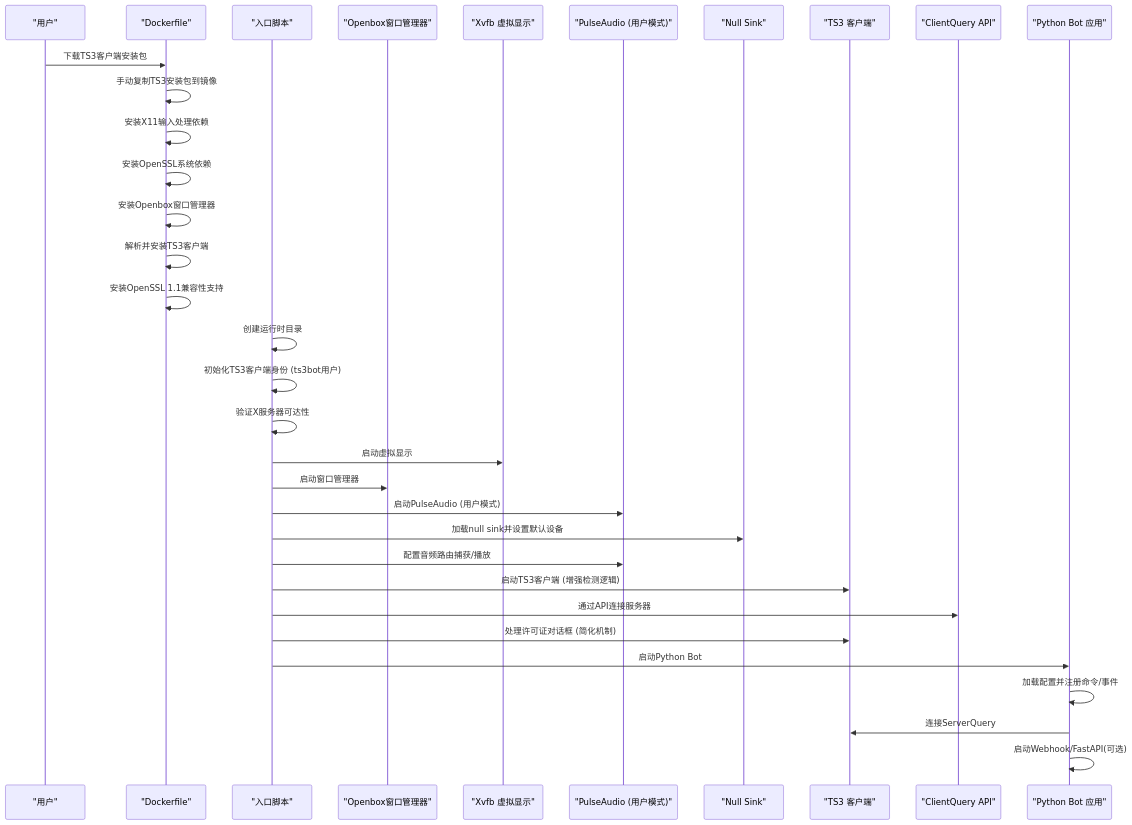
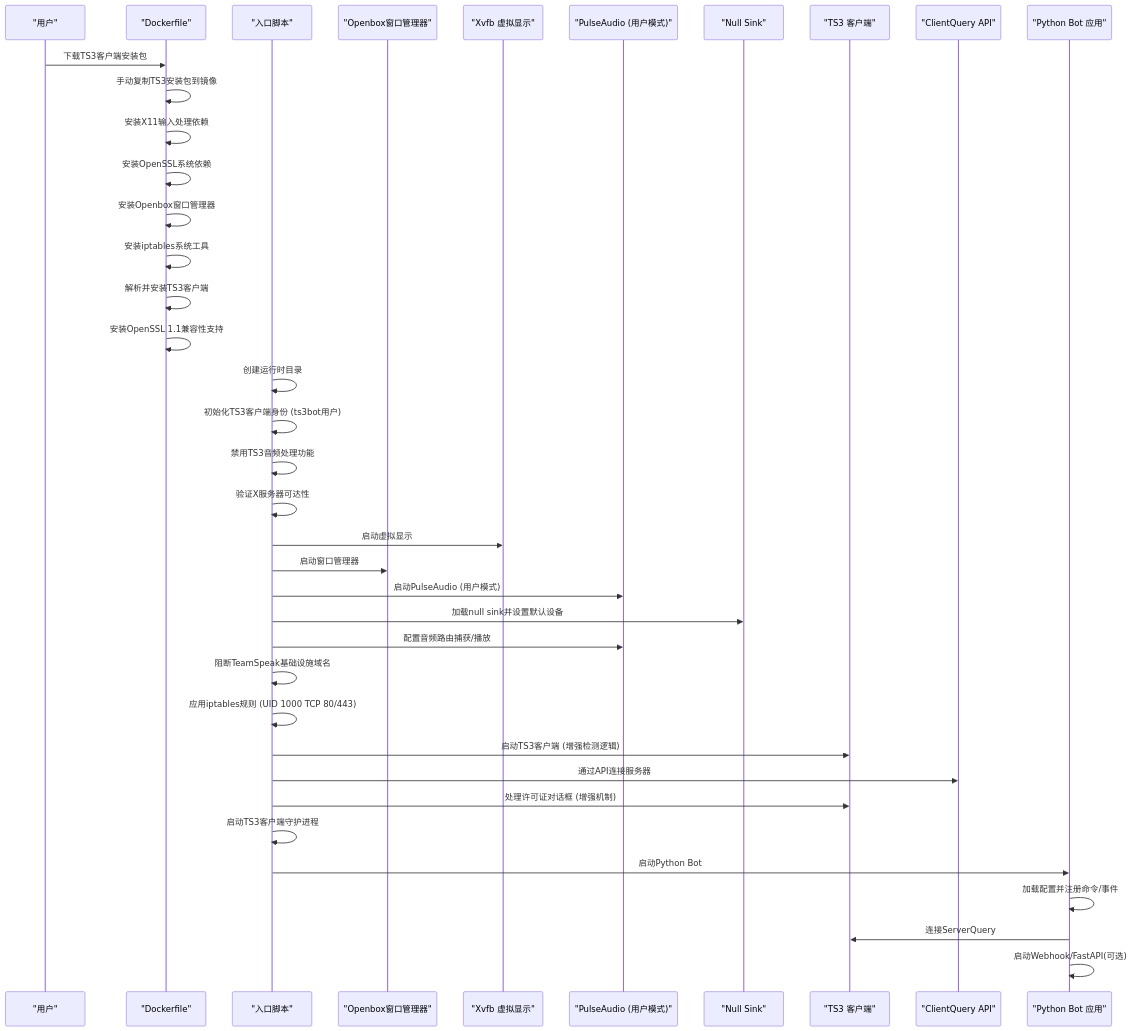
Before and after one commit to GhoulOwl/Teamspeak3_Bot: the second of 3 diagrams in .qoder/repowiki/zh/content/部署和运维/Docker容器化部署.md, drawn with Mermaid. The commit also changed other lines of this file and 13 other files, not shown here.

````diff
--- a/.qoder/repowiki/zh/content/部署和运维/Docker容器化部署.md
+++ b/.qoder/repowiki/zh/content/部署和运维/Docker容器化部署.md
@@ -132,35 +153,40 @@
 ```mermaid
 sequenceDiagram
 participant User as "用户"
 participant Dockerfile as "Dockerfile"
 participant Entrypoint as "入口脚本"
 participant Openbox as "Openbox窗口管理器"
 participant Xvfb as "Xvfb 虚拟显示"
 participant Pulse as "PulseAudio (用户模式)"
 participant NullSink as "Null Sink"
 participant TS3 as "TS3 客户端"
 participant ClientQuery as "ClientQuery API"
 participant Bot as "Python Bot 应用"
 User->>Dockerfile : 下载TS3客户端安装包
 Dockerfile->>Dockerfile : 手动复制TS3安装包到镜像
 Dockerfile->>Dockerfile : 安装X11输入处理依赖
 Dockerfile->>Dockerfile : 安装OpenSSL系统依赖
 Dockerfile->>Dockerfile : 安装Openbox窗口管理器
+Dockerfile->>Dockerfile : 安装iptables系统工具
 Dockerfile->>Dockerfile : 解析并安装TS3客户端
 Dockerfile->>Dockerfile : 安装OpenSSL 1.1兼容性支持
 Entrypoint->>Entrypoint : 创建运行时目录
 Entrypoint->>Entrypoint : 初始化TS3客户端身份 (ts3bot用户)
+Entrypoint->>Entrypoint : 禁用TS3音频处理功能
 Entrypoint->>Entrypoint : 验证X服务器可达性
 Entrypoint->>Xvfb : 启动虚拟显示
 Entrypoint->>Openbox : 启动窗口管理器
 Entrypoint->>Pulse : 启动PulseAudio (用户模式)
 Entrypoint->>NullSink : 加载null sink并设置默认设备
 Entrypoint->>Pulse : 配置音频路由捕获/播放
+Entrypoint->>Entrypoint : 阻断TeamSpeak基础设施域名
+Entrypoint->>Entrypoint : 应用iptables规则 (UID 1000 TCP 80/443)
 Entrypoint->>TS3 : 启动TS3客户端 (增强检测逻辑)
 Entrypoint->>ClientQuery : 通过API连接服务器
-Entrypoint->>TS3 : 处理许可证对话框 (简化机制)
+Entrypoint->>TS3 : 处理许可证对话框 (增强机制)
+Entrypoint->>Entrypoint : 启动TS3客户端守护进程
 Entrypoint->>Bot : 启动Python Bot
 Bot->>Bot : 加载配置并注册命令/事件
 Bot->>TS3 : 连接ServerQuery
 Bot->>Bot : 启动Webhook/FastAPI(可选)
 ```
````
